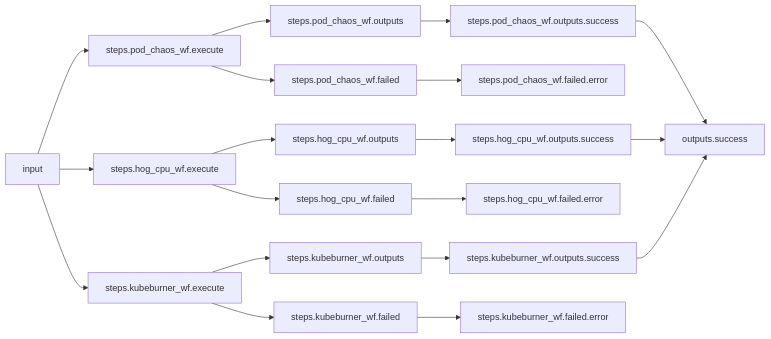
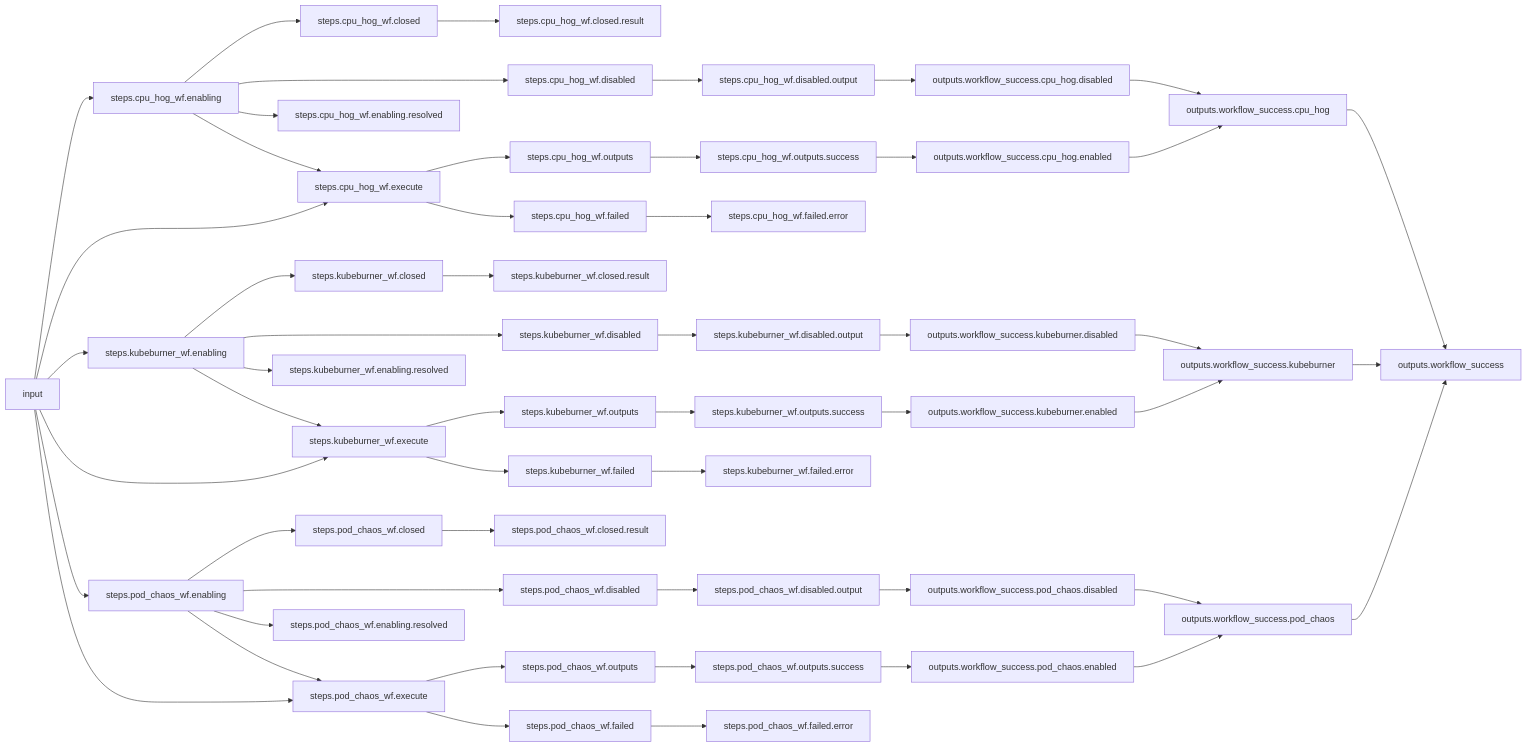
The first of 4 diagrams in scenarios/arcaflow/ocp-chaos/README.md (krkn-chaos/krkn), drawn with Mermaid before and after one commit. The commit also changed other lines of this file and 4 other files, not shown here.

````diff
--- a/scenarios/arcaflow/ocp-chaos/README.md
+++ b/scenarios/arcaflow/ocp-chaos/README.md
@@ -76,25 +76,58 @@
 ```mermaid
 %% Mermaid markdown workflow
 flowchart LR
 %% Success path
+input-->steps.cpu_hog_wf.enabling
+input-->steps.cpu_hog_wf.execute
+input-->steps.kubeburner_wf.enabling
+input-->steps.kubeburner_wf.execute
+input-->steps.pod_chaos_wf.enabling
+input-->steps.pod_chaos_wf.execute
+outputs.workflow_success.cpu_hog-->outputs.workflow_success
+outputs.workflow_success.cpu_hog.disabled-->outputs.workflow_success.cpu_hog
+outputs.workflow_success.cpu_hog.enabled-->outputs.workflow_success.cpu_hog
+outputs.workflow_success.kubeburner-->outputs.workflow_success
+outputs.workflow_success.kubeburner.disabled-->outputs.workflow_success.kubeburner
+outputs.workflow_success.kubeburner.enabled-->outputs.workflow_success.kubeburner
+outputs.workflow_success.pod_chaos-->outputs.workflow_success
+outputs.workflow_success.pod_chaos.disabled-->outputs.workflow_success.pod_chaos
+outputs.workflow_success.pod_chaos.enabled-->outputs.workflow_success.pod_chaos
+steps.cpu_hog_wf.closed-->steps.cpu_hog_wf.closed.result
+steps.cpu_hog_wf.disabled-->steps.cpu_hog_wf.disabled.output
+steps.cpu_hog_wf.disabled.output-->outputs.workflow_success.cpu_hog.disabled
+steps.cpu_hog_wf.enabling-->steps.cpu_hog_wf.closed
+steps.cpu_hog_wf.enabling-->steps.cpu_hog_wf.disabled
+steps.cpu_hog_wf.enabling-->steps.cpu_hog_wf.enabling.resolved
+steps.cpu_hog_wf.enabling-->steps.cpu_hog_wf.execute
+steps.cpu_hog_wf.execute-->steps.cpu_hog_wf.outputs
+steps.cpu_hog_wf.outputs-->steps.cpu_hog_wf.outputs.success
+steps.cpu_hog_wf.outputs.success-->outputs.workflow_success.cpu_hog.enabled
+steps.kubeburner_wf.closed-->steps.kubeburner_wf.closed.result
+steps.kubeburner_wf.disabled-->steps.kubeburner_wf.disabled.output
+steps.kubeburner_wf.disabled.output-->outputs.workflow_success.kubeburner.disabled
+steps.kubeburner_wf.enabling-->steps.kubeburner_wf.closed
+steps.kubeburner_wf.enabling-->steps.kubeburner_wf.disabled
+steps.kubeburner_wf.enabling-->steps.kubeburner_wf.enabling.resolved
+steps.kubeburner_wf.enabling-->steps.kubeburner_wf.execute
+steps.kubeburner_wf.execute-->steps.kubeburner_wf.outputs
 steps.kubeburner_wf.outputs-->steps.kubeburner_wf.outputs.success
-steps.kubeburner_wf.outputs.success-->outputs.success
-input-->steps.pod_chaos_wf.execute
-input-->steps.hog_cpu_wf.execute
-input-->steps.kubeburner_wf.execute
-steps.kubeburner_wf.execute-->steps.kubeburner_wf.outputs
+steps.kubeburner_wf.outputs.success-->outputs.workflow_success.kubeburner.enabled
+steps.pod_chaos_wf.closed-->steps.pod_chaos_wf.closed.result
+steps.pod_chaos_wf.disabled-->steps.pod_chaos_wf.disabled.output
+steps.pod_chaos_wf.disabled.output-->outputs.workflow_success.pod_chaos.disabled
+steps.pod_chaos_wf.enabling-->steps.pod_chaos_wf.closed
+steps.pod_chaos_wf.enabling-->steps.pod_chaos_wf.disabled
+steps.pod_chaos_wf.enabling-->steps.pod_chaos_wf.enabling.resolved
+steps.pod_chaos_wf.enabling-->steps.pod_chaos_wf.execute
+steps.pod_chaos_wf.execute-->steps.pod_chaos_wf.outputs
 steps.pod_chaos_wf.outputs-->steps.pod_chaos_wf.outputs.success
-steps.pod_chaos_wf.execute-->steps.pod_chaos_wf.outputs
-steps.pod_chaos_wf.outputs.success-->outputs.success
-steps.hog_cpu_wf.execute-->steps.hog_cpu_wf.outputs
-steps.hog_cpu_wf.outputs.success-->outputs.success
-steps.hog_cpu_wf.outputs-->steps.hog_cpu_wf.outputs.success
+steps.pod_chaos_wf.outputs.success-->outputs.workflow_success.pod_chaos.enabled
 %% Error path
+steps.cpu_hog_wf.execute-->steps.cpu_hog_wf.failed
+steps.cpu_hog_wf.failed-->steps.cpu_hog_wf.failed.error
+steps.kubeburner_wf.execute-->steps.kubeburner_wf.failed
 steps.kubeburner_wf.failed-->steps.kubeburner_wf.failed.error
-steps.hog_cpu_wf.failed-->steps.hog_cpu_wf.failed.error
-steps.kubeburner_wf.execute-->steps.kubeburner_wf.failed
 steps.pod_chaos_wf.execute-->steps.pod_chaos_wf.failed
 steps.pod_chaos_wf.failed-->steps.pod_chaos_wf.failed.error
-steps.hog_cpu_wf.execute-->steps.hog_cpu_wf.failed
 %% Mermaid end
 ```
````
